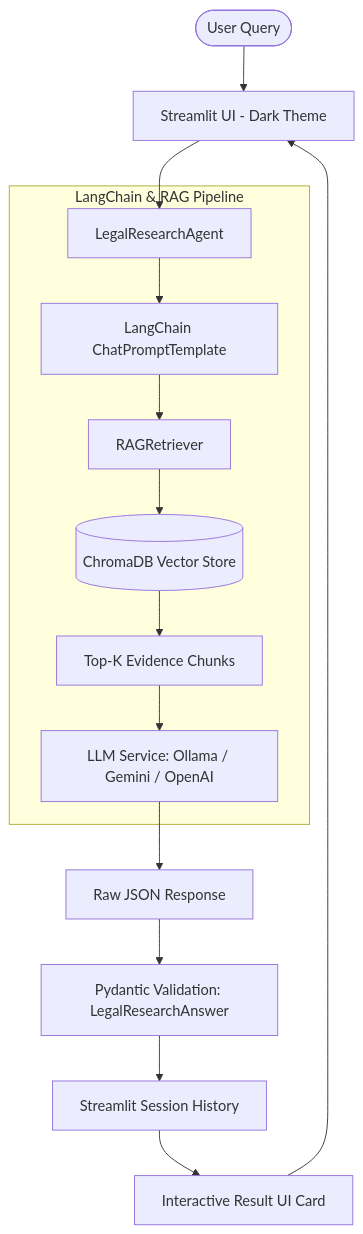
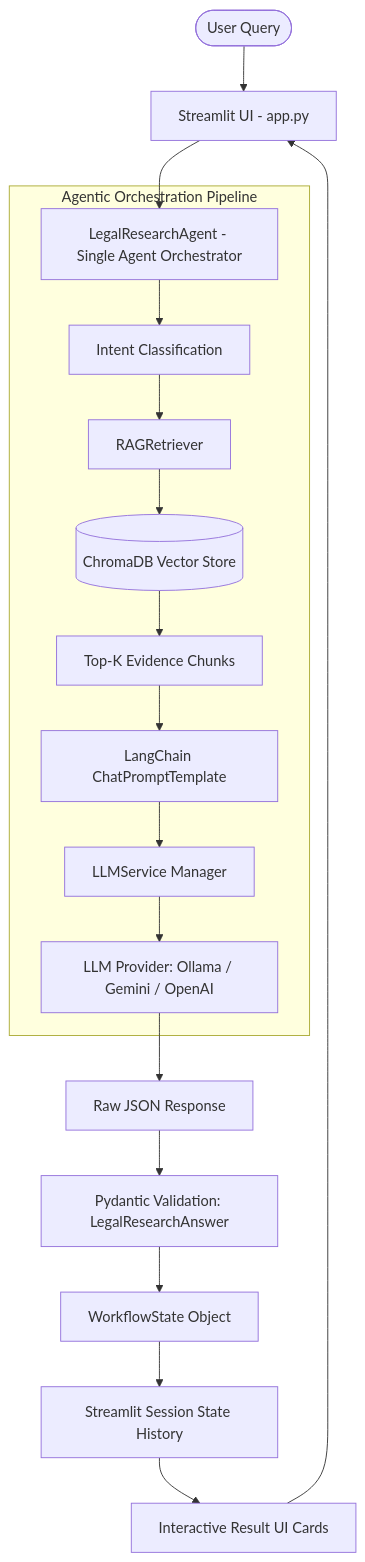
One commit to SathOps/Crime-Scene-Investigation-RAG changed the diagram in README.md. Above: the diagram before and after it, drawn with Mermaid. The commit also changed other lines of this file, not shown here.

Commit message:
docs: expand README with detailed Single-Agent architecture and execution flow

````diff
--- a/README.md
+++ b/README.md
@@ -65,19 +256,22 @@
 ```mermaid
 flowchart TD
-    User([User Query]) --> UI[Streamlit UI - Dark Theme]
-    UI --> Agent[LegalResearchAgent]
+    User([User Query]) --> UI[Streamlit UI - app.py]
+    UI --> Agent[LegalResearchAgent - Single Agent Orchestrator]
     
-    subgraph LangChain & RAG Pipeline
-        Agent --> Prompt[LangChain ChatPromptTemplate]
-        Prompt --> Ret[RAGRetriever]
+    subgraph Agentic Orchestration Pipeline
+        Agent --> Intent[Intent Classification]
+        Intent --> Ret[RAGRetriever]
         Ret --> VectorStore[(ChromaDB Vector Store)]
         VectorStore --> Chunks[Top-K Evidence Chunks]
-        Chunks --> LLM[LLM Service: Ollama / Gemini / OpenAI]
+        Chunks --> Prompt[LangChain ChatPromptTemplate]
+        Prompt --> LLMService[LLMService Manager]
+        LLMService --> LLM[LLM Provider: Ollama / Gemini / OpenAI]
     end
 
     LLM --> JSON[Raw JSON Response]
     JSON --> Pydantic[Pydantic Validation: LegalResearchAnswer]
-    Pydantic --> Session[Streamlit Session History]
-    Session --> Card[Interactive Result UI Card]
+    Pydantic --> State[WorkflowState Object]
+    State --> Session[Streamlit Session State History]
+    Session --> Card[Interactive Result UI Cards]
     Card --> UI
 ```
````
